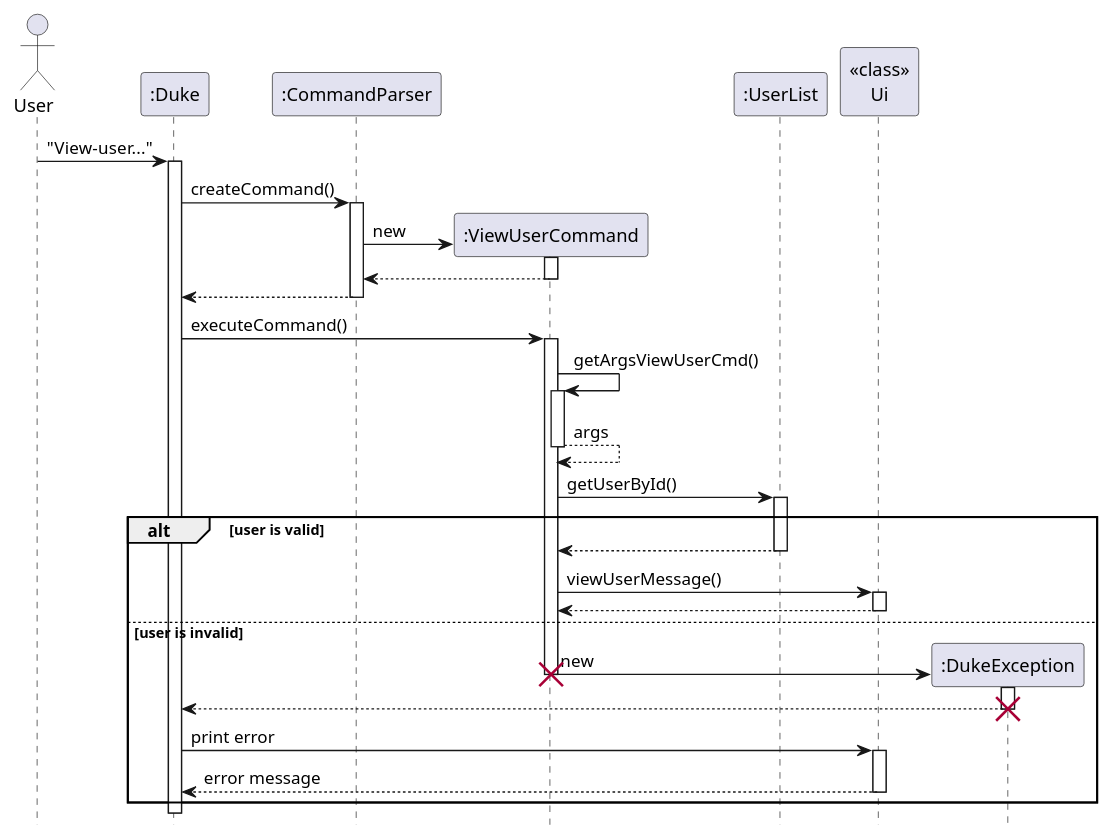
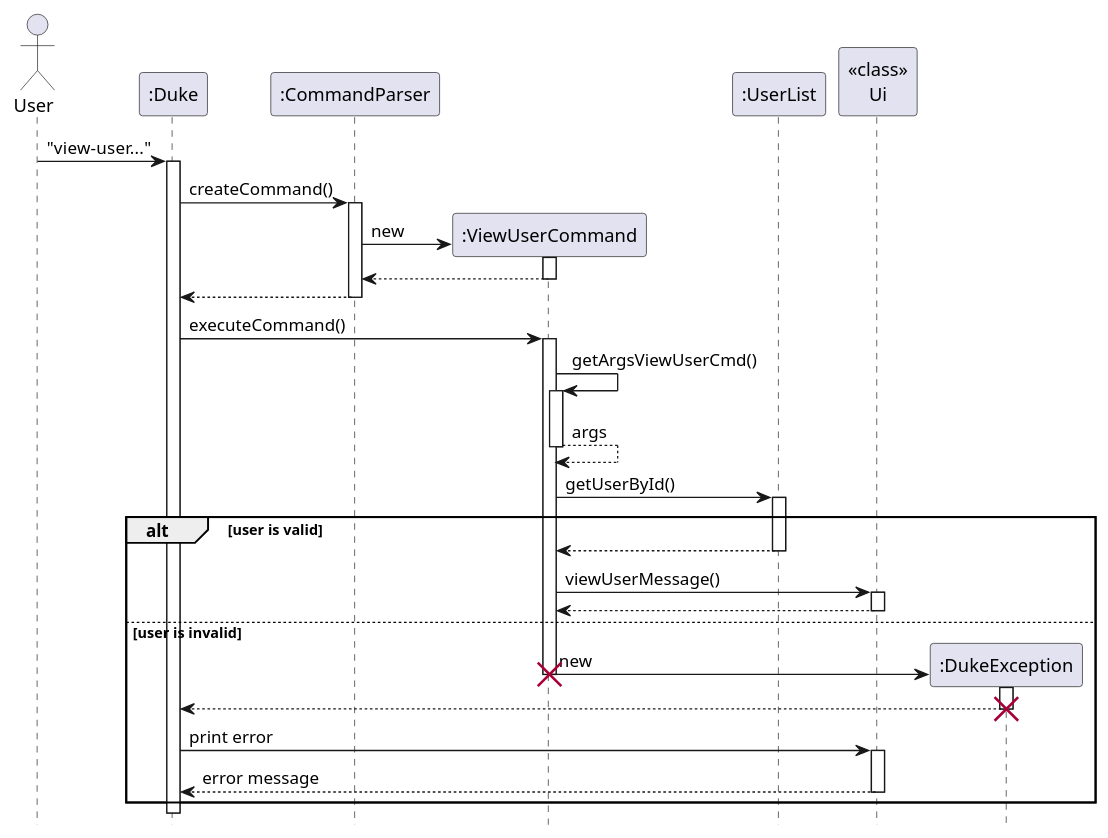
One commit to nus-cs2113-AY2223S1/tp changed the diagram in docs/diagrams/user/ViewUserSequence.puml. Above: the diagram before and after it, drawn with PlantUML. The commit also changed 2 other files, not shown here.

Commit message:
viewItem DG

```diff
--- a/docs/diagrams/user/ViewUserSequence.puml
+++ b/docs/diagrams/user/ViewUserSequence.puml
@@ -1,44 +1,44 @@
 @startuml
 hide footbox
 
 Actor User
-"User" -> ":Duke": "View-user..."
+"User" -> ":Duke": "view-user..."
 activate ":Duke"
 ":Duke" -> ":CommandParser": createCommand()
 activate ":CommandParser"
 ":CommandParser" -> ":ViewUserCommand"**: new
 activate ":ViewUserCommand"
 return
 ":CommandParser" --> ":Duke"
 deactivate
 
 ":Duke" -> ":ViewUserCommand" : executeCommand()
 activate ":ViewUserCommand"
 ":ViewUserCommand" -> ":ViewUserCommand": getArgsViewUserCmd()
 activate ":ViewUserCommand"
 return args
     ":ViewUserCommand" -> ":UserList": getUserById()
     activate ":UserList"
 alt user is valid
     ":UserList" --> ":ViewUserCommand":
     deactivate ":UserList"
 
     ":ViewUserCommand" -> "<<class>>\nUi": viewUserMessage()
     activate "<<class>>\nUi"
     return
     deactivate "<<class>>\nUi"
     deactivate ":UserList"
 else user is invalid
     ":ViewUserCommand" -> ":DukeException"** : new
     destroy ":ViewUserCommand"
     activate ":DukeException"
     ":DukeException" --> ":Duke"
     destroy ":DukeException"
     ":Duke" -> "<<class>>\nUi" : print error
     activate "<<class>>\nUi"
     "<<class>>\nUi" --> ":Duke" : error message
     deactivate "<<class>>\nUi"
 end
 deactivate ":ViewUserCommand"
 
 @enduml
```
